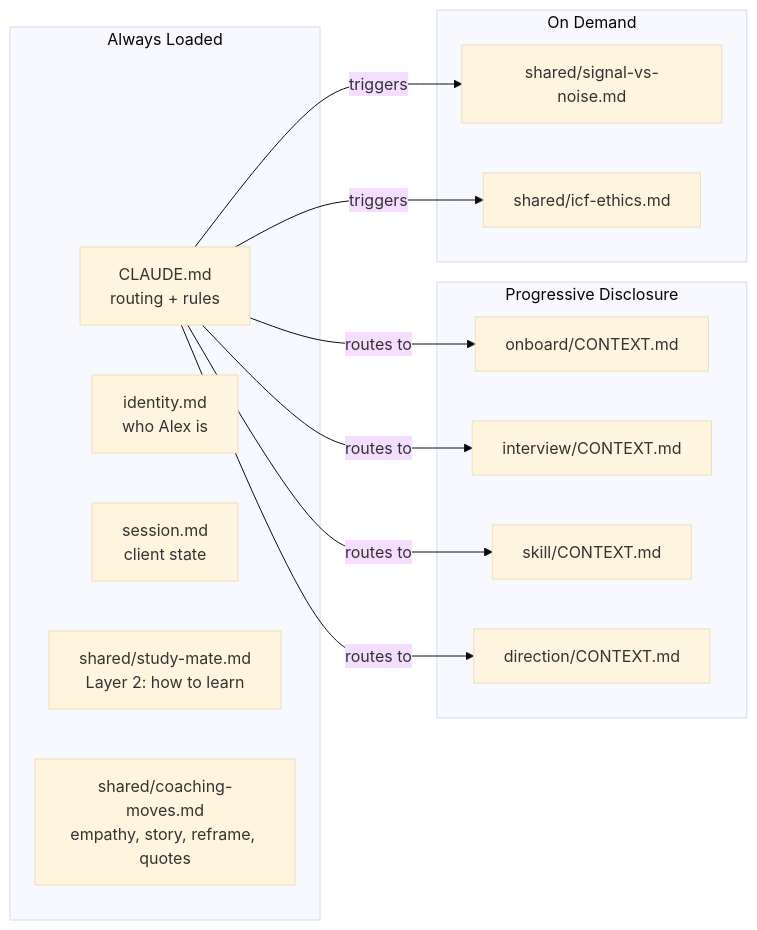
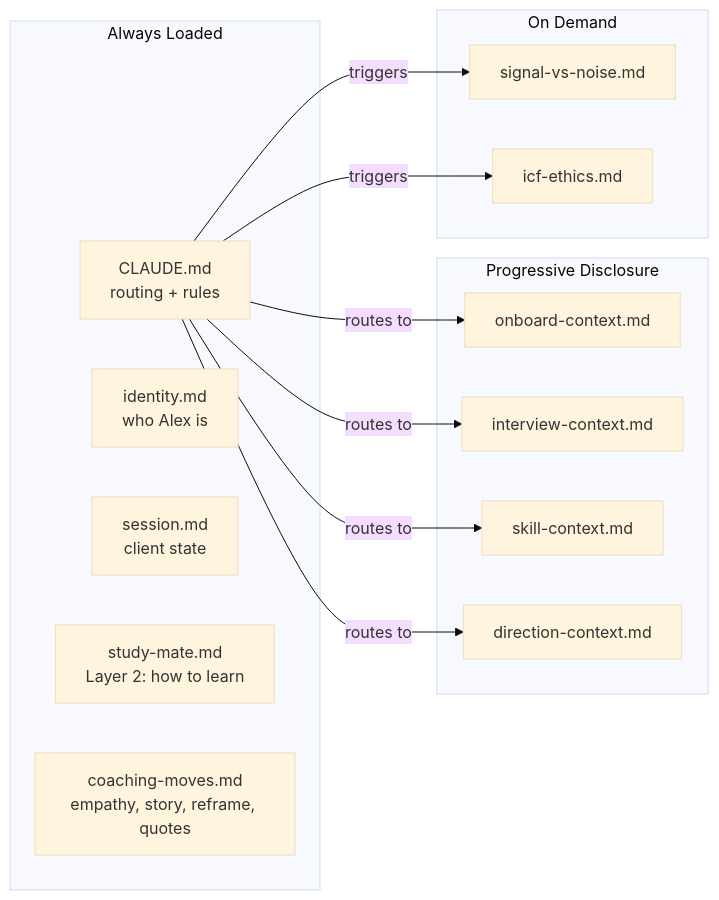
Before and after one commit to qwikchoice/RelaunchPM: the second of 6 diagrams in README.md, drawn with Mermaid (base theme). The commit also changed other lines of this file, not shown here.

Commit message:
Update README: flat file structure, explicit upload file list, fix architecture diagrams

````diff
--- a/README.md
+++ b/README.md
@@ -31,25 +31,25 @@
 ```mermaid
 flowchart LR
     subgraph Always Loaded
         A[CLAUDE.md\nrouting + rules]
         B[identity.md\nwho Alex is]
         C[session.md\nclient state]
-        D[shared/study-mate.md\nLayer 2: how to learn]
-        E[shared/coaching-moves.md\nempathy, story, reframe, quotes]
+        D[study-mate.md\nLayer 2: how to learn]
+        E[coaching-moves.md\nempathy, story, reframe, quotes]
     end
 
     subgraph Progressive Disclosure
-        F[onboard/CONTEXT.md]
-        G[interview/CONTEXT.md]
-        H[skill/CONTEXT.md]
-        I[direction/CONTEXT.md]
+        F[onboard-context.md]
+        G[interview-context.md]
+        H[skill-context.md]
+        I[direction-context.md]
     end
 
     subgraph On Demand
-        J[shared/signal-vs-noise.md]
-        K[shared/icf-ethics.md]
+        J[signal-vs-noise.md]
+        K[icf-ethics.md]
     end
 
     A -->|routes to| F & G & H & I
     A -->|triggers| J & K
 ```
````
